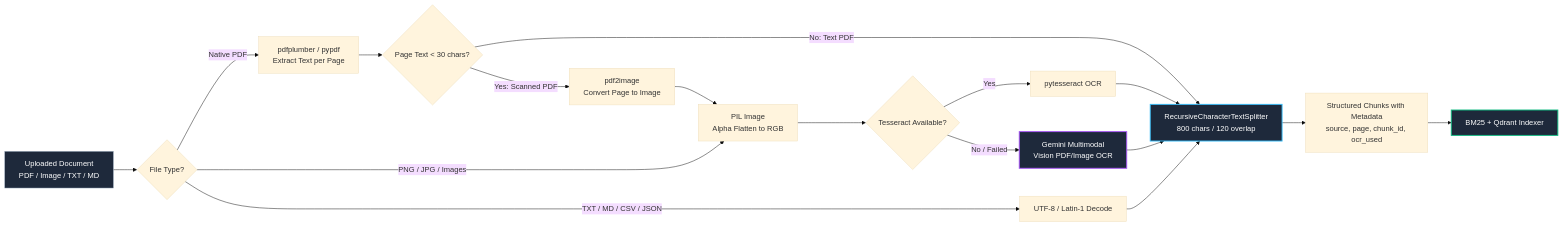
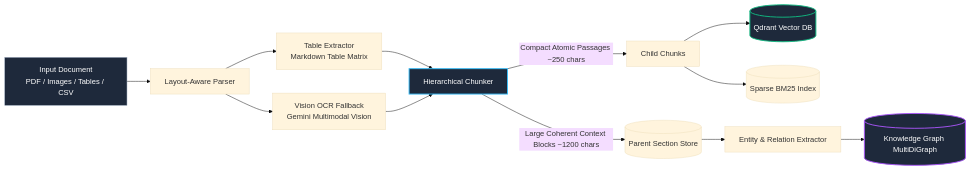
One commit to sounakss7/agentic-rag-engine changed the second of 3 diagrams in README.md. Above: the diagram before and after it, drawn with Mermaid (base theme). The commit also changed other lines of this file and 27 other files, not shown here.

Commit message:
feat(nexus): rebuild platform into NexusRAG autonomous Graph-RAG engine with FastAPI, multi-agent planner, code sandbox, and layout-aware ingestion

````diff
--- a/README.md
+++ b/README.md
@@ -148,30 +138,23 @@
 ```mermaid
 flowchart LR
-    DocInput[Uploaded Document\nPDF / Image / TXT / MD] --> DocType{File Type?}
+    Doc[Input Document\nPDF / Images / Tables / CSV] --> Parser[Layout-Aware Parser]
     
-    DocType -->|Native PDF| PDFParse[pdfplumber / pypdf\nExtract Text per Page]
-    PDFParse --> CheckLen{Page Text < 30 chars?}
-    CheckLen -->|No: Text PDF| Splitter[RecursiveCharacterTextSplitter\n800 chars / 120 overlap]
-    CheckLen -->|Yes: Scanned PDF| PDF2Img[pdf2image\nConvert Page to Image]
+    Parser --> ExtractTable[Table Extractor\nMarkdown Table Matrix]
+    Parser --> OCR[Vision OCR Fallback\nGemini Multimodal Vision]
     
-    DocType -->|PNG / JPG / Images| ImgInput[PIL Image\nAlpha Flatten to RGB]
-    PDF2Img --> ImgInput
+    ExtractTable --> Chunker[Hierarchical Chunker]
+    OCR --> Chunker
     
-    ImgInput --> Tesseract{Tesseract Available?}
-    Tesseract -->|Yes| PyTess[pytesseract OCR]
-    Tesseract -->|No / Failed| GeminiVis[Gemini Multimodal\nVision PDF/Image OCR]
+    Chunker -->|Large Coherent Context Blocks ~1200 chars| ParentMap[(Parent Section Store)]
+    Chunker -->|Compact Atomic Passages ~250 chars| ChildChunks[Child Chunks]
     
-    PyTess --> Splitter
-    GeminiVis --> Splitter
-    
-    DocType -->|TXT / MD / CSV / JSON| TextParse[UTF-8 / Latin-1 Decode]
-    TextParse --> Splitter
-    
-    Splitter --> Chunks[Structured Chunks with Metadata\nsource, page, chunk_id, ocr_used]
-    Chunks --> Indexer[BM25 + Qdrant Indexer]
+    ChildChunks --> VectorIndex[(Qdrant Vector DB)]
+    ChildChunks --> BM25Index[(Sparse BM25 Index)]
+    ParentMap --> GraphBuilder[Entity & Relation Extractor]
+    GraphBuilder --> GraphStore[(Knowledge Graph MultiDiGraph)]
 
-    style DocInput fill:#1e293b,stroke:#94a3b8,stroke-width:1px,color:#fff
-    style Splitter fill:#1e293b,stroke:#38bdf8,stroke-width:2px,color:#fff
-    style GeminiVis fill:#1e293b,stroke:#a855f7,stroke-width:2px,color:#fff
-    style Indexer fill:#1e293b,stroke:#10b981,stroke-width:2px,color:#fff
+    style Doc fill:#1e293b,stroke:#94a3b8,stroke-width:1px,color:#fff
+    style Chunker fill:#1e293b,stroke:#38bdf8,stroke-width:2px,color:#fff
+    style GraphStore fill:#1e293b,stroke:#a855f7,stroke-width:2px,color:#fff
+    style VectorIndex fill:#1e293b,stroke:#10b981,stroke-width:2px,color:#fff
 ```
````
